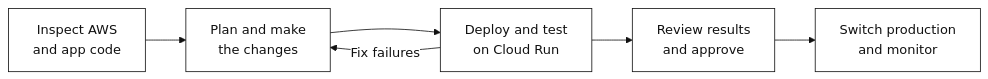
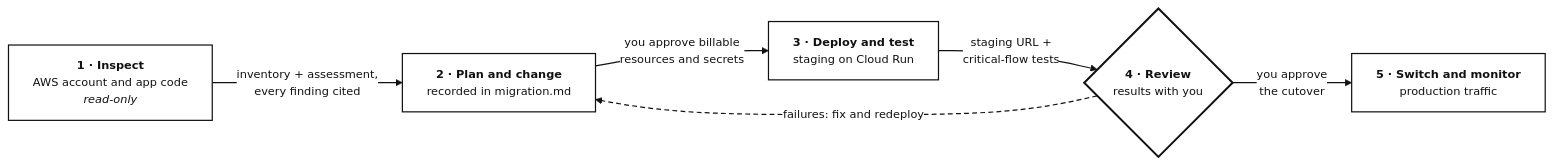
The diagram in README.md (Robertzu43/fargate-to-cloudrun), drawn with Mermaid before and after one commit. The commit also changed other lines of this file, not shown here.

Commit message:
docs: center tagline; clearer How-it-works chart with numbered stages, labeled edges, review gate

````diff
--- a/README.md
+++ b/README.md
@@ -83,12 +83,22 @@
 ```mermaid
-%%{init: {"theme": "base", "themeVariables": {"primaryColor": "#ffffff", "primaryTextColor": "#111111", "primaryBorderColor": "#111111", "lineColor": "#111111", "edgeLabelBackground": "#ffffff", "fontFamily": "Arial, sans-serif"}}}%%
+%%{init: {"theme": "base", "flowchart": {"curve": "basis", "nodeSpacing": 45, "rankSpacing": 60, "htmlLabels": true}, "themeVariables": {"primaryColor": "#ffffff", "primaryTextColor": "#111111", "primaryBorderColor": "#111111", "lineColor": "#111111", "edgeLabelBackground": "#ffffff", "fontFamily": "Arial, sans-serif", "fontSize": "14px"}}}%%
 flowchart LR
-    A["Inspect AWS<br/>and app code"] --> B["Plan and make<br/>the changes"]
-    B --> C["Deploy and test<br/>on Cloud Run"]
-    C --> D["Review results<br/>and approve"]
-    D --> E["Switch production<br/>and monitor"]
-    C -->|Fix failures| B
-    classDef plain fill:#ffffff,stroke:#111111,color:#111111,stroke-width:1px
-    class A,B,C,D,E plain
-    linkStyle default stroke:#111111,stroke-width:1px,color:#111111
+    A["<b>1 · Inspect</b><br/>AWS account and app code<br/><i>read-only</i>"]
+    B["<b>2 · Plan and change</b><br/>recorded in migration.md"]
+    C["<b>3 · Deploy and test</b><br/>staging on Cloud Run"]
+    D{"<b>4 · Review</b><br/>results with you"}
+    E["<b>5 · Switch and monitor</b><br/>production traffic"]
+
+    A -- "inventory + assessment,<br/>every finding cited" --> B
+    B -- "you approve billable<br/>resources and secrets" --> C
+    C -- "staging URL +<br/>critical-flow tests" --> D
+    D -- "you approve<br/>the cutover" --> E
+    D -. "failures: fix and redeploy" .-> B
+
+    classDef step fill:#ffffff,stroke:#111111,color:#111111,stroke-width:1.5px
+    classDef gate fill:#ffffff,stroke:#111111,color:#111111,stroke-width:2.5px
+    class A,B,C,E step
+    class D gate
+    linkStyle 0,1,2,3 stroke:#111111,stroke-width:1.5px,color:#111111
+    linkStyle 4 stroke:#111111,stroke-width:1.5px,color:#111111,stroke-dasharray:6 4
 ```
````
